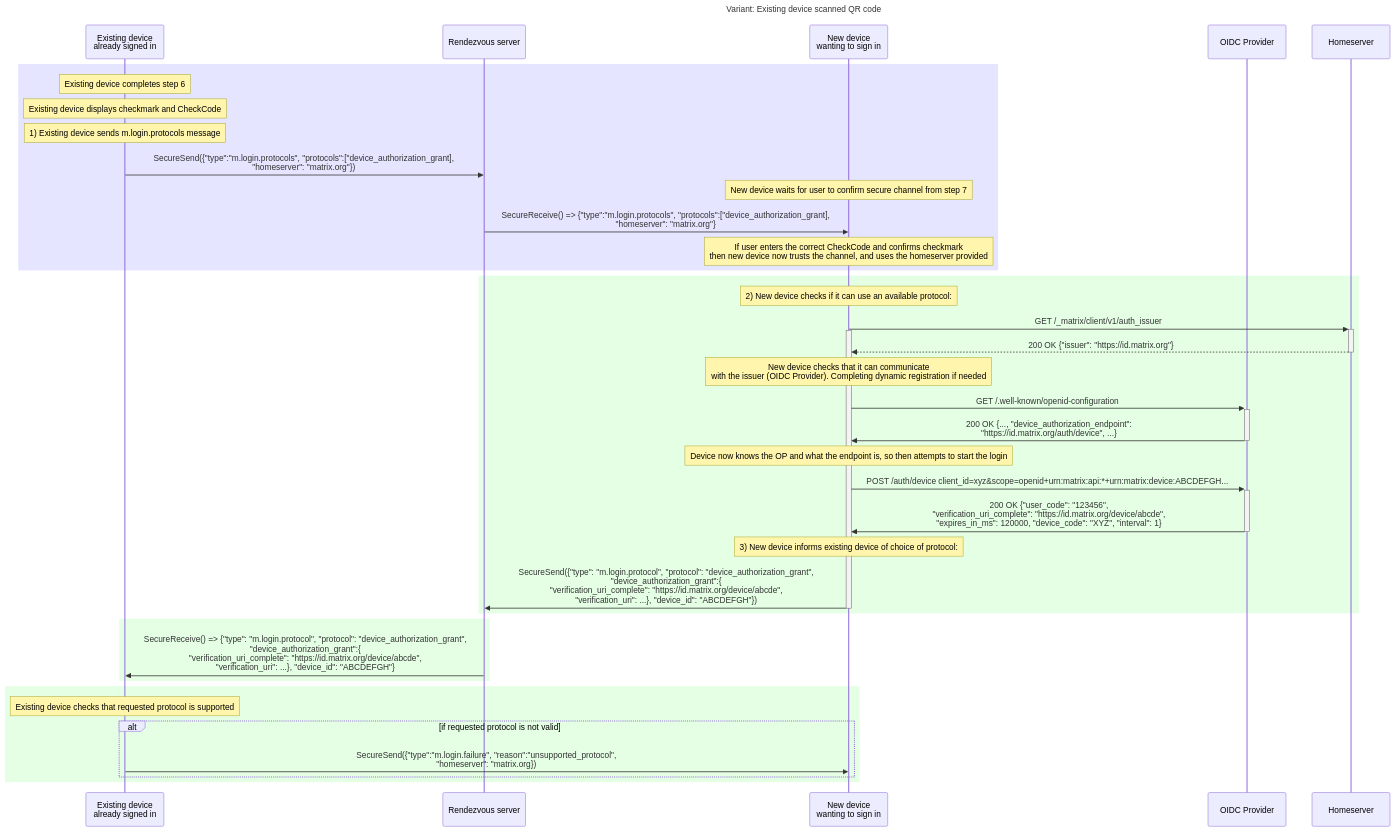
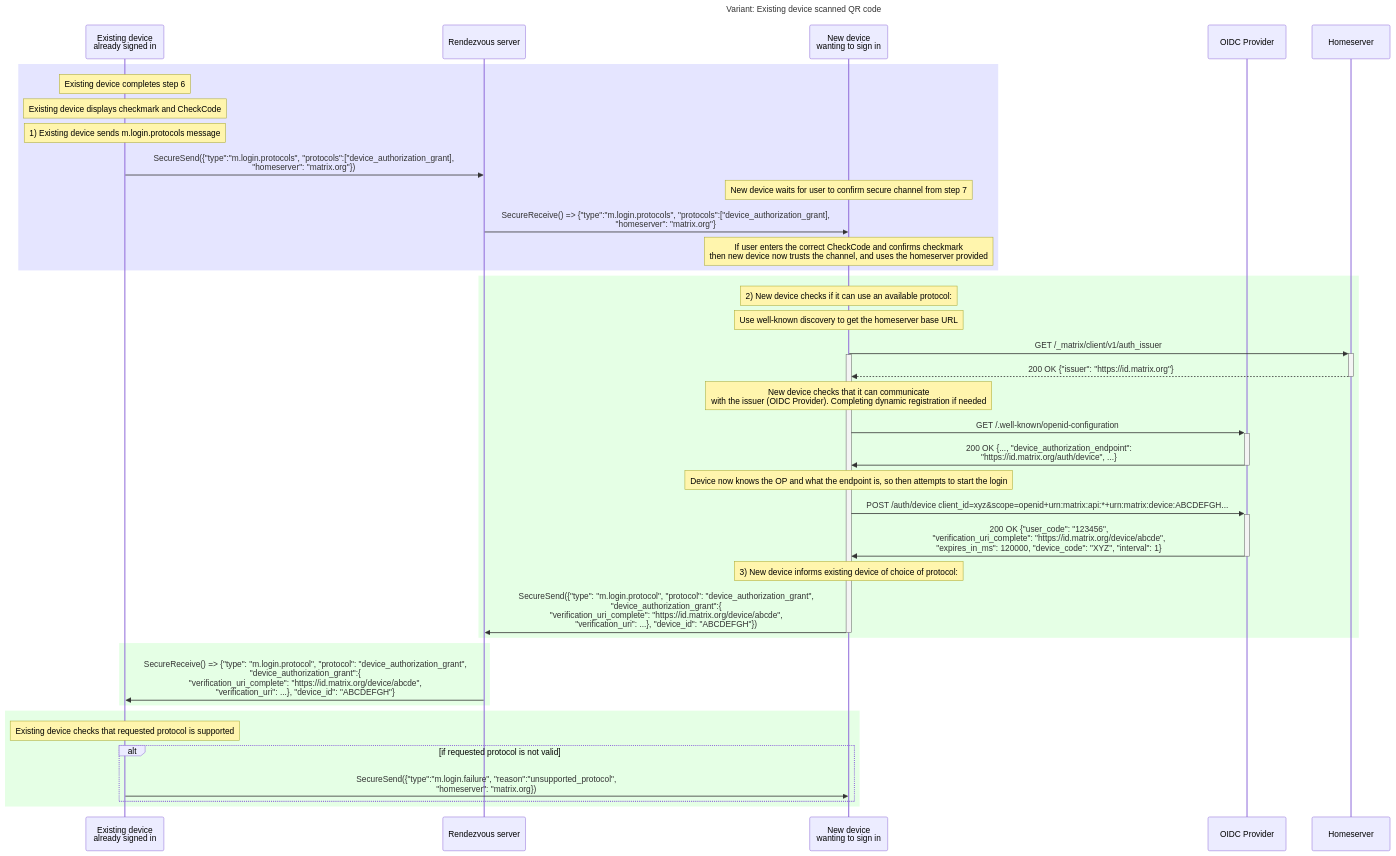
One commit to hughns/matrix-spec-proposals changed the fourth of 6 diagrams in proposals/4108-oidc-qr-login.md. Above: the diagram before and after it, drawn with Mermaid. The commit also changed other lines of this file, not shown here.

Commit message:
Describe that you should do server discovery on receipt of the server name

````diff
--- a/proposals/4108-oidc-qr-login.md
+++ b/proposals/4108-oidc-qr-login.md
@@ -908,65 +911,66 @@
 ```mermaid
 sequenceDiagram
     title: Variant: Existing device scanned QR code
     participant E as Existing device <br>already signed in
     participant Z as Rendezvous server
     participant N as New device <br>wanting to sign in
     participant OP as OIDC Provider
     participant HS as Homeserver
 
 
     #alt if New device scanned QR code
     #    note over N: New device completes checks from secure channel establishment step 6 - it now trusts the channel
     #    note over N: 1) New device got server name from the QR code
 
     rect rgba(0,0,255, 0.1)
     #else if Existing device scanned QR code
         note over E: Existing device completes step 6
         note over E: Existing device displays checkmark and CheckCode
         note over E: 1) Existing device sends m.login.protocols message
         E->>Z: SecureSend({"type":"m.login.protocols", "protocols":["device_authorization_grant],<br> "homeserver": "matrix.org"})
         note over N: New device waits for user to confirm secure channel from step 7
         Z->>N: SecureReceive() => {"type":"m.login.protocols", "protocols":["device_authorization_grant],<br> "homeserver": "matrix.org"}
         note over N: If user enters the correct CheckCode and confirms checkmark<br>then new device now trusts the channel, and uses the homeserver provided
     end
 
 
     rect rgba(0,255,0, 0.1)
     note over N: 2) New device checks if it can use an available protocol:
+    note over N: Use well-known discovery to get the homeserver base URL
         N->>+HS: GET /_matrix/client/v1/auth_issuer
     activate N
         HS-->>-N: 200 OK {"issuer": "https://id.matrix.org"}
         Note over N: New device checks that it can communicate<br> with the issuer (OIDC Provider). Completing dynamic registration if needed 
         N->>+OP: GET /.well-known/openid-configuration
         OP->>-N: 200 OK {..., "device_authorization_endpoint":<br> "https://id.matrix.org/auth/device", ...}
         Note over N: Device now knows the OP and what the endpoint is, so then attempts to start the login
         N->>+OP: POST /auth/device client_id=xyz&scope=openid+urn:matrix:api:*+urn:matrix:device:ABCDEFGH...
         OP->>-N: 200 OK {"user_code": "123456",<br>"verification_uri_complete": "https://id.matrix.org/device/abcde",<br>"expires_in_ms": 120000, "device_code": "XYZ", "interval": 1}
         note over N: 3) New device informs existing device of choice of protocol:
         N->>Z: SecureSend({"type": "m.login.protocol", "protocol": "device_authorization_grant",<br> "device_authorization_grant":{<br>"verification_uri_complete": "https://id.matrix.org/device/abcde",<br>"verification_uri": ...}, "device_id": "ABCDEFGH"})
 
     deactivate N
     end
 
     # alt if New device scanned QR code
     #    note over N: New device displays checkmark and CheckCode
     #    note over E: Existing device waits for user to enter CheckCode<br>and confirm secure channel from step 7
     #end
 
     rect rgba(0,255,0, 0.1)
         Z->>E: SecureReceive() => {"type": "m.login.protocol", "protocol": "device_authorization_grant",<br> "device_authorization_grant":{<br>"verification_uri_complete": "https://id.matrix.org/device/abcde",<br>"verification_uri": ...}, "device_id": "ABCDEFGH"}
     end
 
     # alt if New device scanned QR code
     #    note over E: If user entered correct CheckCode<br>and confirms checkmark then existing device now trusts the channel
     #end
 
 
     rect rgba(0,255,0, 0.1)
     note over E: Existing device checks that requested protocol is supported
 
     alt if requested protocol is not valid
         E->>N: SecureSend({"type":"m.login.failure", "reason":"unsupported_protocol",<br>"homeserver": "matrix.org})
     end
     end
 ```
````
